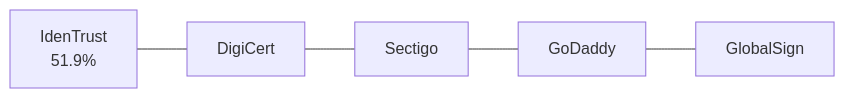
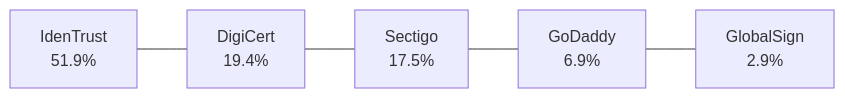
One commit to Rajeev-Tamang/OpenSSL changed the third of 3 diagrams in README.md. Above: the diagram before and after it, drawn with Mermaid.

````diff
--- a/README.md
+++ b/README.md
@@ -106,8 +106,13 @@
      ```mermaid
      graph LR
      IdenTrust["IdenTrust<br>51.9%"]
+     DigiCert["DigiCert<br>19.4%"]
+     Sectigo["Sectigo<br>17.5%"]
+     GoDaddy["GoDaddy<br>6.9%"]
+     GlobalSign["GlobalSign<br>2.9%"]
+
      IdenTrust---DigiCert
      DigiCert---Sectigo
      Sectigo---GoDaddy
      GoDaddy---GlobalSign
      ``` 
````
